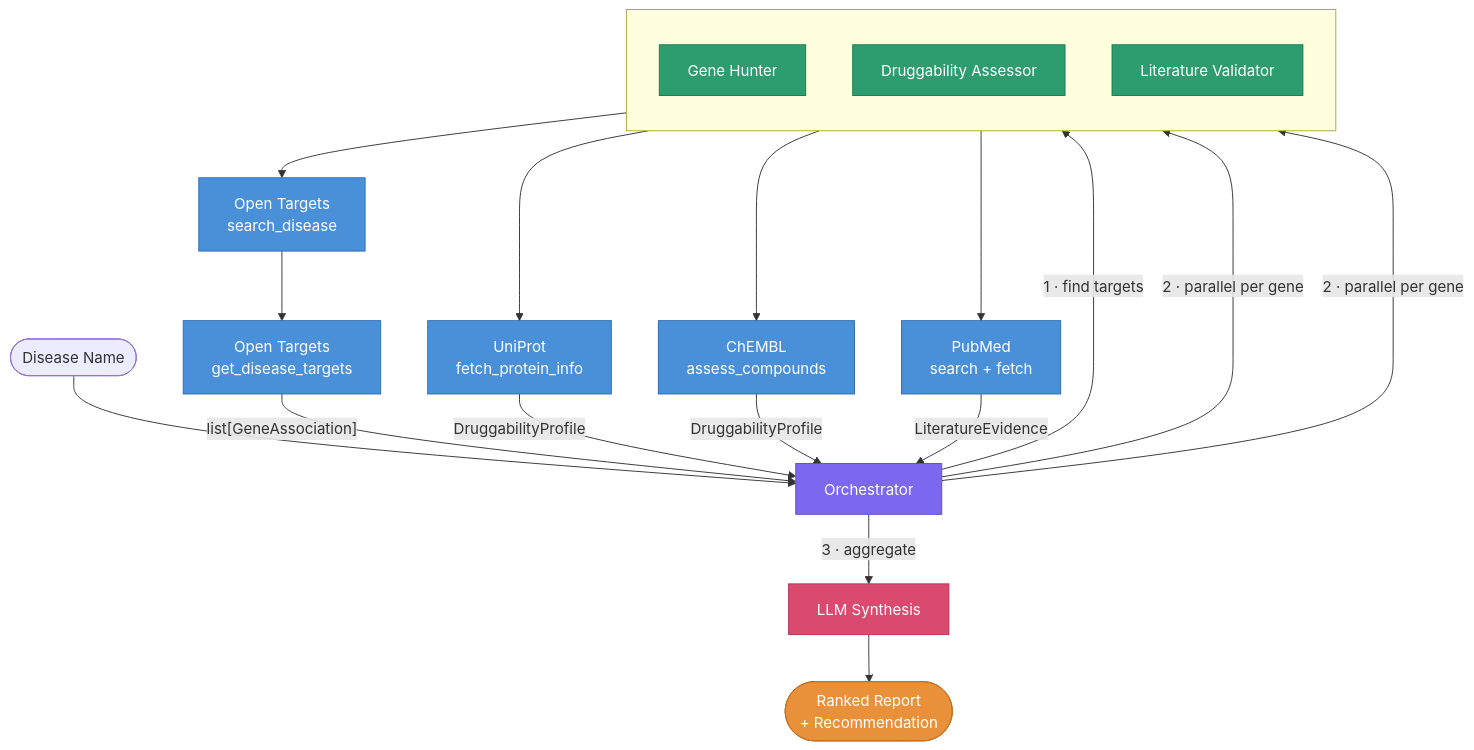
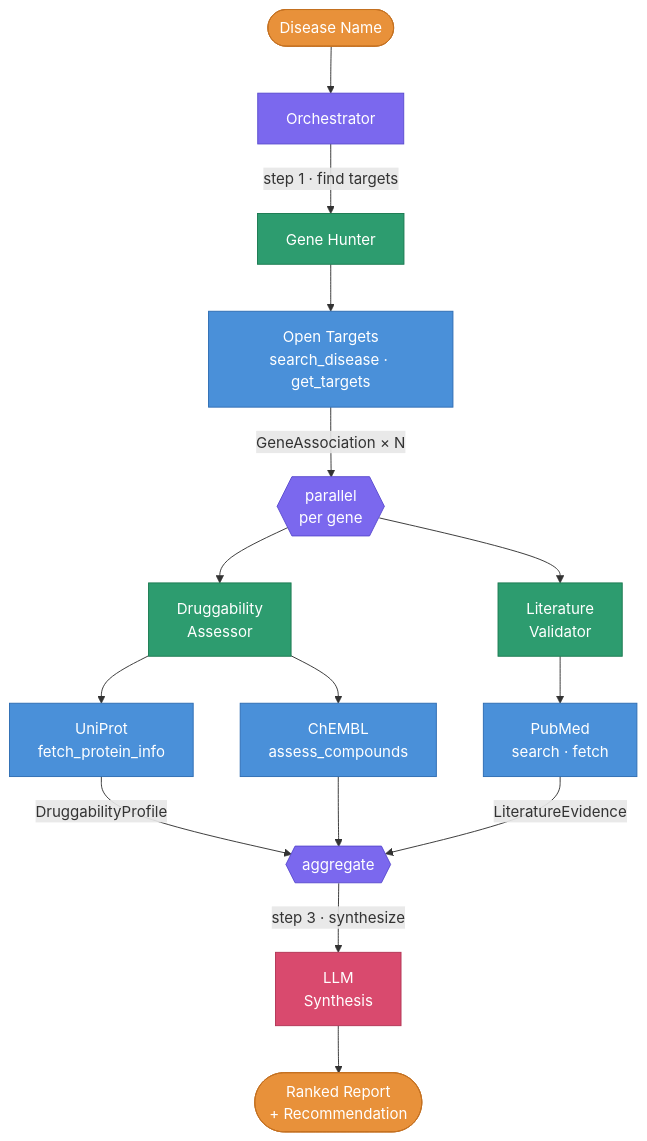
The diagram in README.md (dariodata/drug-target-agent), drawn with Mermaid before and after one commit.

Commit message:
Fix mermaid diagram layout

````diff
--- a/README.md
+++ b/README.md
@@ -14,37 +14,33 @@
 ```mermaid
 flowchart TD
-    Input(["Disease Name"])
-    Input --> Orch
+    Input(["Disease Name"]):::output --> Orch["Orchestrator"]:::orchestrator
 
-    Orch["Orchestrator"]:::orchestrator
+    %% Stage 1 — Gene Discovery
+    Orch -- "step 1 · find targets" --> GH["Gene Hunter"]:::agent
+    GH --> OT["Open Targets<br/>search_disease · get_targets"]:::api
 
-    subgraph Agents [" "]
-        direction TB
-        GH["Gene Hunter"]:::agent
-        DA["Druggability Assessor"]:::agent
-        LV["Literature Validator"]:::agent
-    end
+    %% Fan-out per gene
+    OT -- "GeneAssociation × N" --> Fork{{"parallel<br/>per gene"}}:::orchestrator
 
-    Orch -- "1 · find targets" --> GH
-    GH --> OT_S["Open Targets\nsearch_disease"]:::api
-    OT_S --> OT_T["Open Targets\nget_disease_targets"]:::api
-    OT_T -- "list[GeneAssociation]" --> Orch
+    Fork --> DA["Druggability<br/>Assessor"]:::agent
+    Fork --> LV["Literature<br/>Validator"]:::agent
 
-    Orch -- "2 · parallel per gene" --> DA & LV
+    %% Stage 2 — Parallel assessment
+    DA --> UP["UniProt<br/>fetch_protein_info"]:::api
+    DA --> CH["ChEMBL<br/>assess_compounds"]:::api
+    LV --> PM["PubMed<br/>search · fetch"]:::api
 
-    DA --> UP["UniProt\nfetch_protein_info"]:::api
-    DA --> CH["ChEMBL\nassess_compounds"]:::api
-    UP & CH -- "DruggabilityProfile" --> Orch
+    UP -- "DruggabilityProfile" --> Merge
+    CH --> Merge
+    PM -- "LiteratureEvidence" --> Merge
 
-    LV --> PM["PubMed\nsearch + fetch"]:::api
-    PM -- "LiteratureEvidence" --> Orch
-
-    Orch -- "3 · aggregate" --> LLM["LLM Synthesis"]:::llm
-    LLM --> Report(["Ranked Report\n+ Recommendation"]):::output
+    %% Stage 3 — Synthesis
+    Merge{{"aggregate"}}:::orchestrator -- "step 3 · synthesize" --> LLM["LLM<br/>Synthesis"]:::llm
+    LLM --> Report(["Ranked Report<br/>+ Recommendation"]):::output
 
     classDef agent fill:#2d9c6f,stroke:#1a7a50,color:#fff
     classDef orchestrator fill:#7b68ee,stroke:#5a4bcf,color:#fff
     classDef api fill:#4a90d9,stroke:#2e6db3,color:#fff
     classDef llm fill:#d94a6e,stroke:#b33655,color:#fff
     classDef output fill:#e8913a,stroke:#c47020,color:#fff
 ```
````
